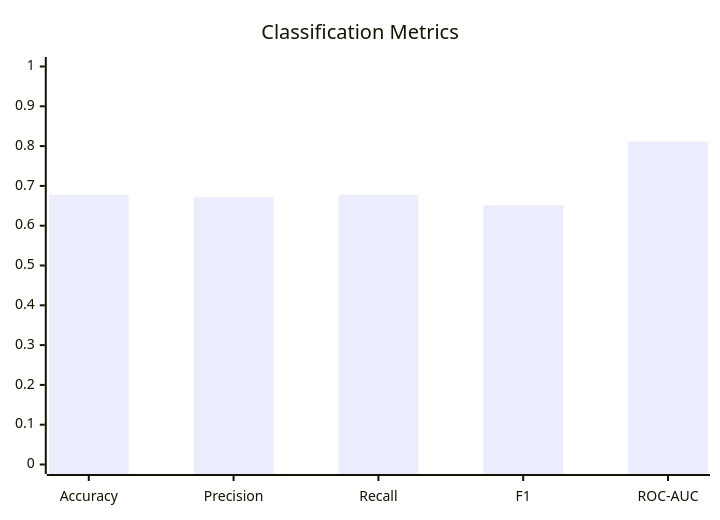
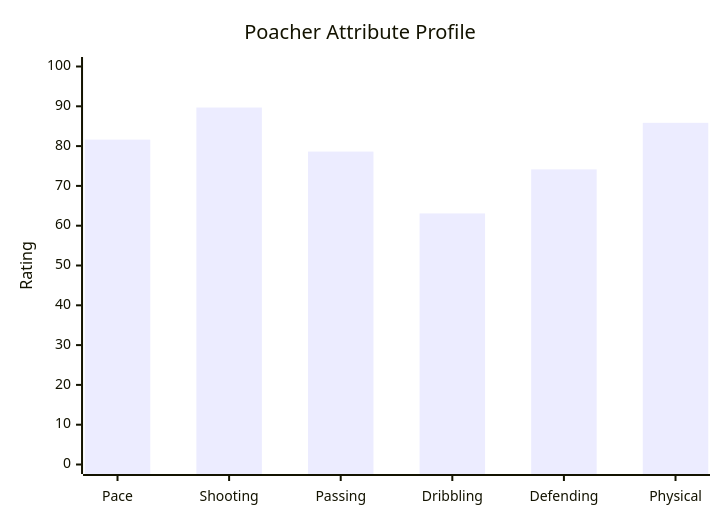
Before and after one commit to sai-ganesh-4539/StatVault: the first of 6 diagrams in Model_Metrcis_Report.md, drawn with Mermaid. The commit also changed other lines of this file, not shown here.

````diff
--- a/Model_Metrcis_Report.md
+++ b/Model_Metrcis_Report.md
@@ -66,7 +20,7 @@
 ```mermaid
 xychart-beta
-title "Classification Metrics"
-x-axis ["Accuracy","Precision","Recall","F1","ROC-AUC"]
-y-axis 0 --> 1
-bar [0.6774,0.6724,0.6774,0.6516,0.8113]
+title "Poacher Attribute Profile"
+x-axis ["Pace","Shooting","Passing","Dribbling","Defending","Physical"]
+y-axis "Rating" 0 --> 100
+bar [81.62,89.69,78.62,63.08,74.15,85.85]
 ```
````
